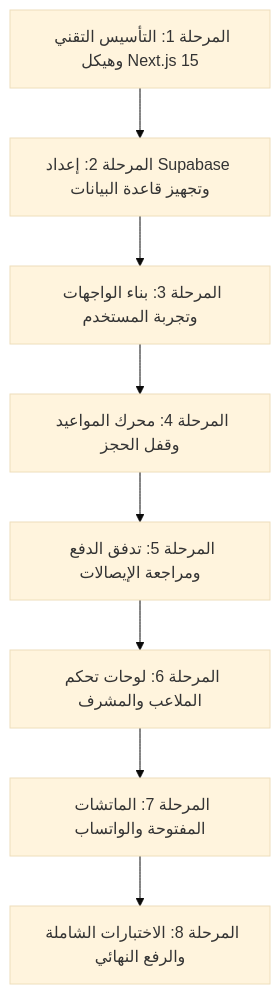
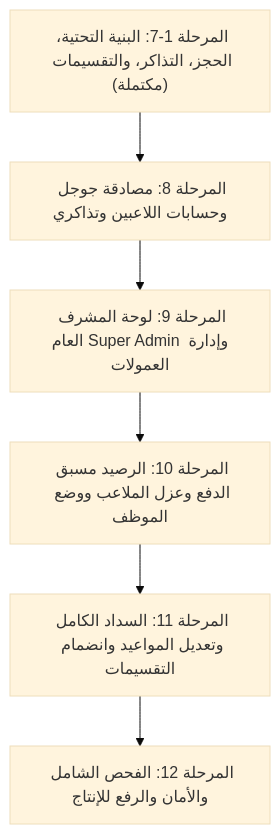
One commit to EL-3raby/passyli changed the diagram in PROJECT_BLUEPRINT.md. Above: the diagram before and after it, drawn with Mermaid (base theme). The commit also changed other lines of this file, not shown here.

Commit message:
docs: update blueprint with RBAC auth, prepaid wallet, and complete roadmap

````diff
--- a/PROJECT_BLUEPRINT.md
+++ b/PROJECT_BLUEPRINT.md
@@ -138,10 +146,8 @@
 ```mermaid
 flowchart TD
-    P1["المرحلة 1: التأسيس التقني وهيكل Next.js 15"] --> P2["المرحلة 2: إعداد Supabase وتجهيز قاعدة البيانات"]
-    P2 --> P3["المرحلة 3: بناء الواجهات وتجربة المستخدم"]
-    P3 --> P4["المرحلة 4: محرك المواعيد وقفل الحجز"]
-    P4 --> P5["المرحلة 5: تدفق الدفع ومراجعة الإيصالات"]
-    P5 --> P6["المرحلة 6: لوحات تحكم الملاعب والمشرف"]
-    P6 --> P7["المرحلة 7: الماتشات المفتوحة والواتساب"]
-    P7 --> P8["المرحلة 8: الاختبارات الشاملة والرفع النهائي"]
+    P1["المرحلة 1-7: البنية التحتية، الحجز، التذاكر، والتقسيمات (مكتملة)"] --> P8["المرحلة 8: مصادقة جوجل وحسابات اللاعبين وتذاكري"]
+    P8 --> P9["المرحلة 9: لوحة المشرف العام Super Admin وإدارة العمولات"]
+    P9 --> P10["المرحلة 10: الرصيد مسبق الدفع وعزل الملاعب ووضع الموظف"]
+    P10 --> P11["المرحلة 11: السداد الكامل وتعديل المواعيد وانضمام التقسيمات"]
+    P11 --> P12["المرحلة 12: الفحص الشامل والأمان والرفع للإنتاج"]
 ```
````
